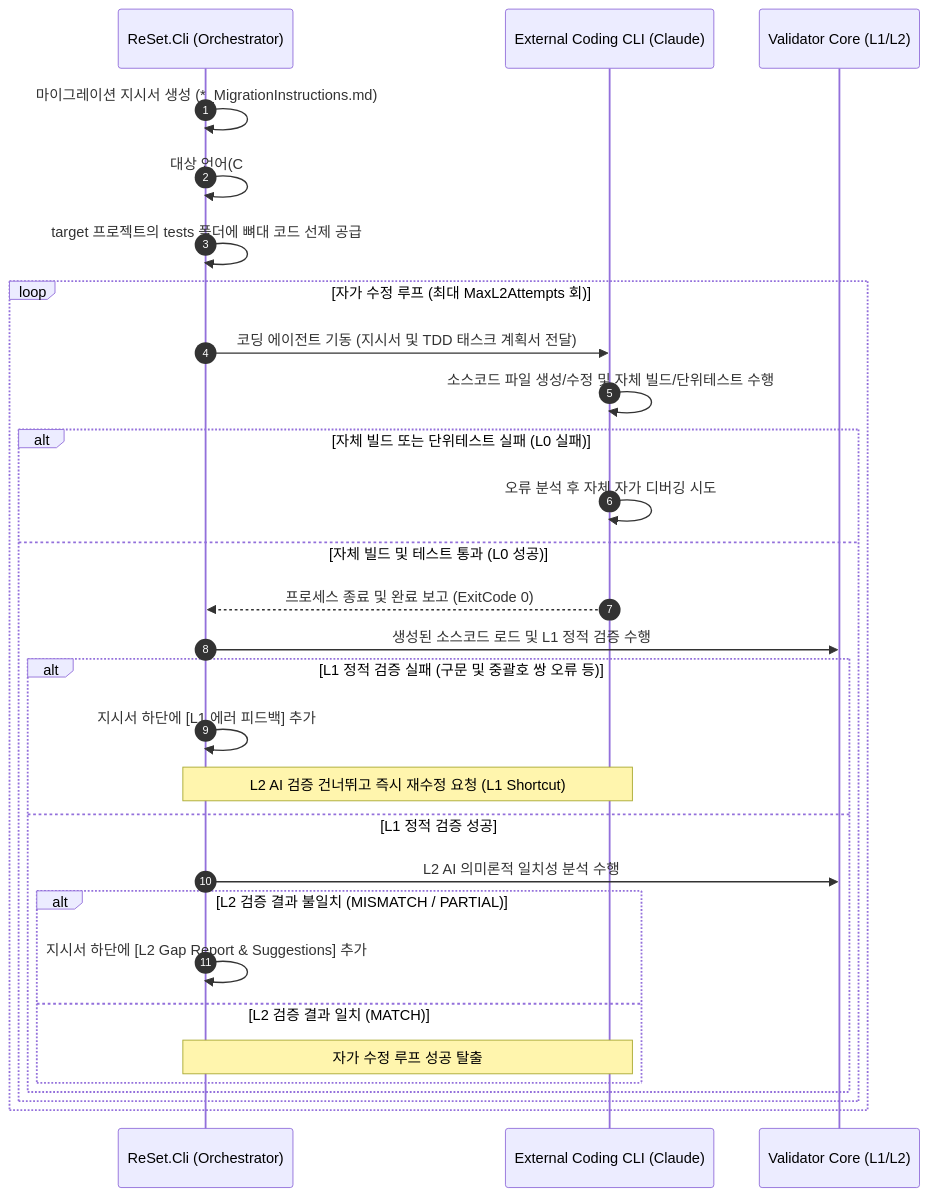
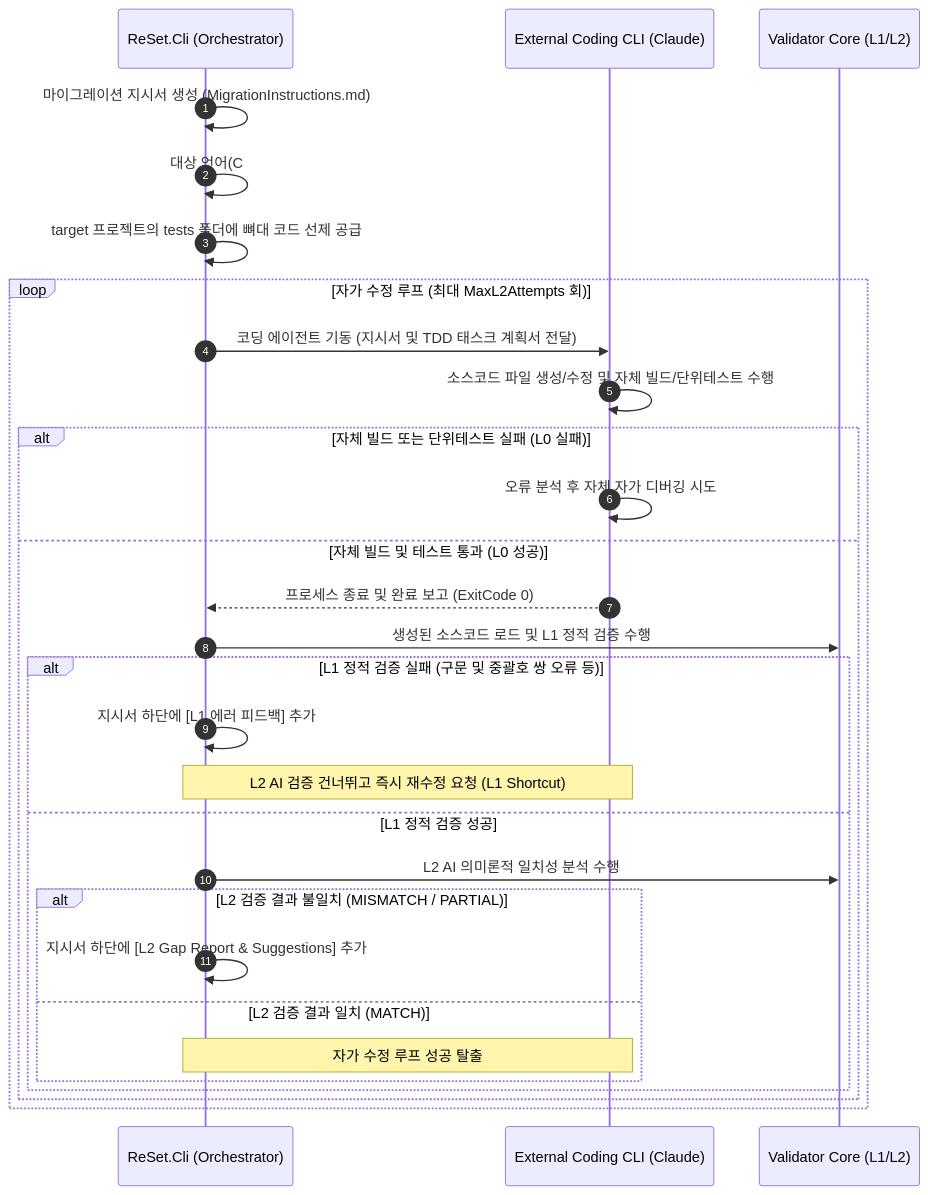
The third of 7 diagrams in docs/architecture.md (moondae815/ReSet), drawn with Mermaid before and after one commit. The commit also changed other lines of this file and 2 other files, not shown here.

Commit message:
docs: sync AGENTS, README, and architecture with conditional cleansing logic and agent path updates

````diff
--- a/docs/architecture.md
+++ b/docs/architecture.md
@@ -150,32 +150,32 @@
 ```mermaid
 sequenceDiagram
     autonumber
     participant RC as ReSet.Cli (Orchestrator)
     participant ECE as External Coding CLI (Claude)
     participant VAL as Validator Core (L1/L2)
 
-    RC->>RC: 마이그레이션 지시서 생성 (*_MigrationInstructions.md)
+    RC->>RC: 마이그레이션 지시서 생성 (MigrationInstructions.md)
     RC->>RC: 대상 언어(C#/Java)별 TDD 테스트 및 ArchUnit 뼈대(Dummy) 자동 생성 (MetadataExporter)
     RC->>RC: target 프로젝트의 tests 폴더에 뼈대 코드 선제 공급
     loop 자가 수정 루프 (최대 MaxL2Attempts 회)
         RC->>ECE: 코딩 에이전트 기동 (지시서 및 TDD 태스크 계획서 전달)
         ECE->>ECE: 소스코드 파일 생성/수정 및 자체 빌드/단위테스트 수행
         alt 자체 빌드 또는 단위테스트 실패 (L0 실패)
             ECE->>ECE: 오류 분석 후 자체 자가 디버깅 시도
         else 자체 빌드 및 테스트 통과 (L0 성공)
             ECE-->>RC: 프로세스 종료 및 완료 보고 (ExitCode 0)
             RC->>VAL: 생성된 소스코드 로드 및 L1 정적 검증 수행
             alt L1 정적 검증 실패 (구문 및 중괄호 쌍 오류 등)
                 RC->>RC: 지시서 하단에 [L1 에러 피드백] 추가
                 Note over RC,ECE: L2 AI 검증 건너뛰고 즉시 재수정 요청 (L1 Shortcut)
             else L1 정적 검증 성공
                 RC->>VAL: L2 AI 의미론적 일치성 분석 수행
                 alt L2 검증 결과 불일치 (MISMATCH / PARTIAL)
                     RC->>RC: 지시서 하단에 [L2 Gap Report & Suggestions] 추가
                 else L2 검증 결과 일치 (MATCH)
                     Note over RC,ECE: 자가 수정 루프 성공 탈출
                 end
             end
         end
     end
 ```
````
